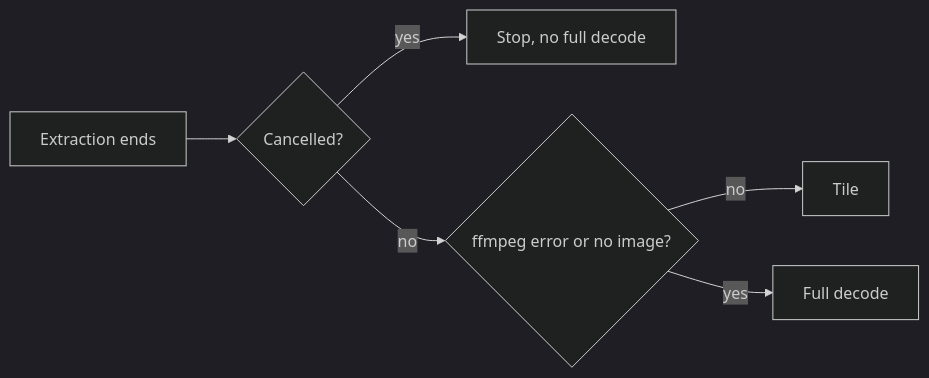
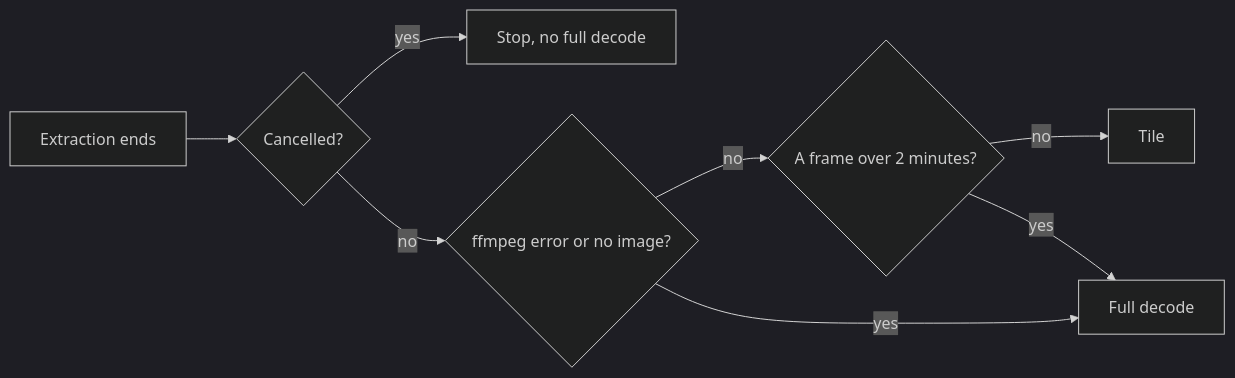
One commit to syudead/vv changed the fourth of 5 diagrams in docs/design-docs/seek-sprite-generation.md. Above: the diagram before and after it, drawn with Mermaid (dark theme). The commit also changed other lines of this file and 7 other files, not shown here.

````diff
--- a/docs/design-docs/seek-sprite-generation.md
+++ b/docs/design-docs/seek-sprite-generation.md
@@ -118,8 +119,10 @@
 ```mermaid
 flowchart LR
   ext[Extraction ends] --> cancel{Cancelled?}
   cancel -->|yes| stop[Stop, no full decode]
   cancel -->|no| err{ffmpeg error or no image?}
-  err -->|no| ok[Tile]
-  err -->|yes| full[Full decode]
+  err -->|no| slow{A frame over 2 minutes?}
+  slow -->|no| ok[Tile]
+  slow -->|yes| full[Full decode]
+  err -->|yes| full
 ```
````
